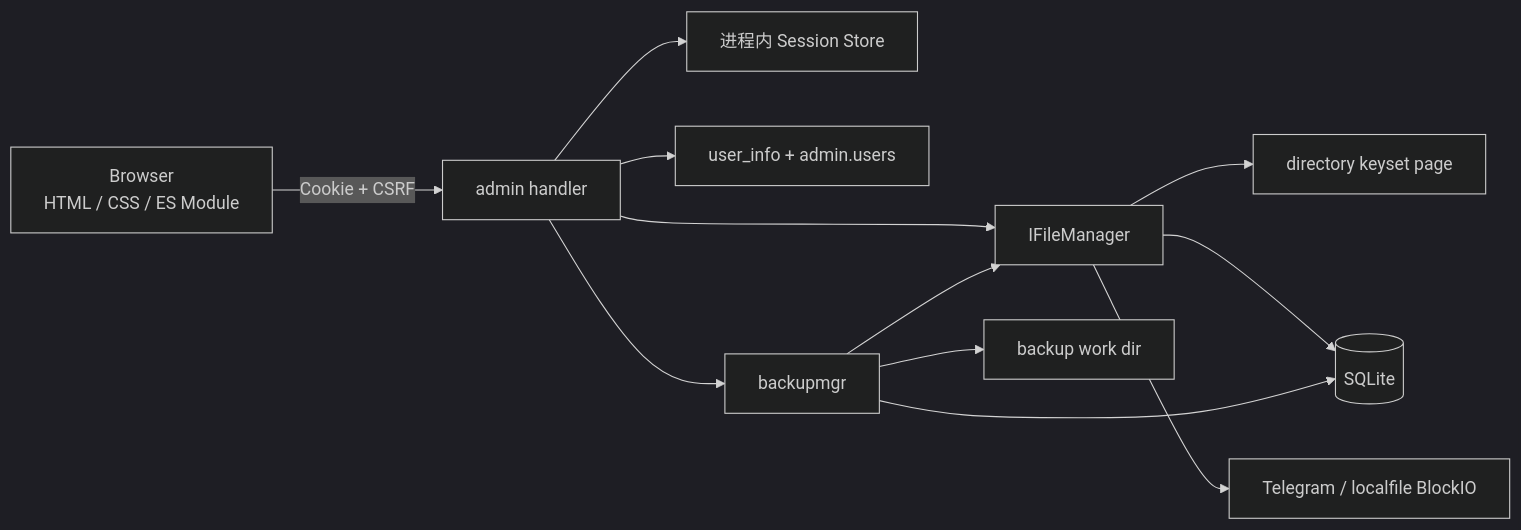
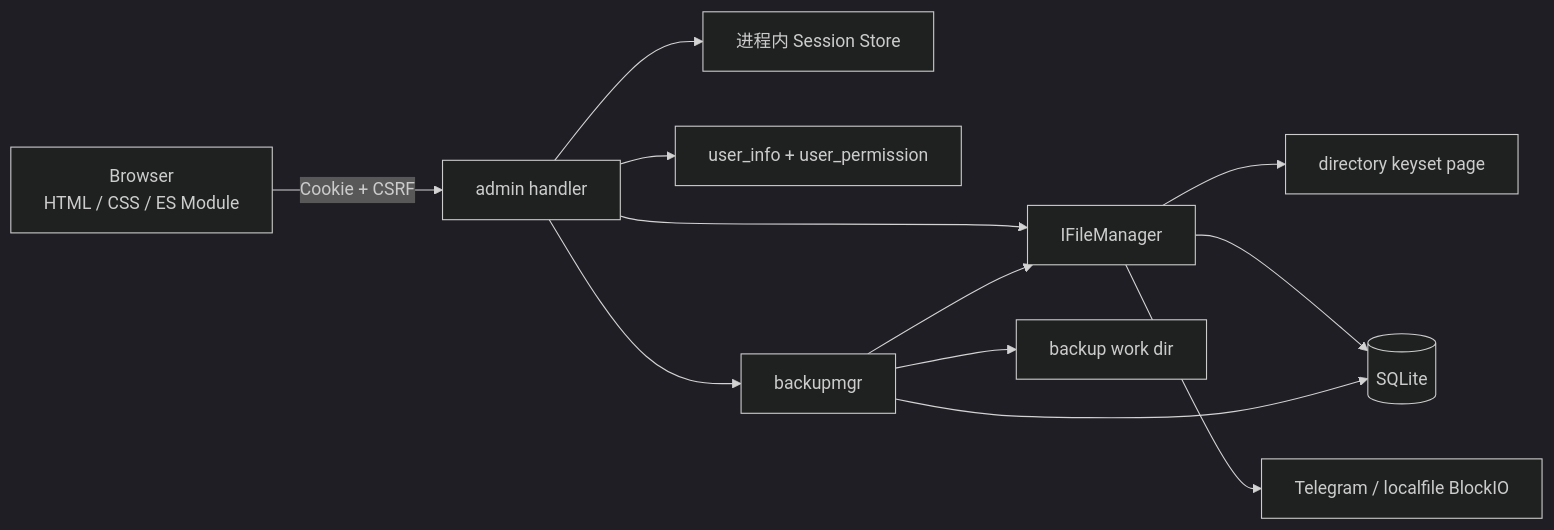
The diagram in docs/06-web-management.md (xxxsen/tgfile), drawn with Mermaid (dark theme) before and after one commit. The commit also changed other lines of this file and 36 other files, not shown here.

Commit message:
feat: user permission

````diff
--- a/docs/06-web-management.md
+++ b/docs/06-web-management.md
@@ -28,14 +28,14 @@
 ```mermaid
 flowchart LR
     Browser["Browser<br/>HTML / CSS / ES Module"] -->|"Cookie + CSRF"| Admin["admin handler"]
     Admin --> Session["进程内 Session Store"]
-    Admin --> Auth["user_info + admin.users"]
+    Admin --> Auth["user_info + user_permission"]
     Admin --> FM["IFileManager"]
     Admin --> Jobs["backupmgr"]
     FM --> Directory["directory keyset page"]
     FM --> SQLite[("SQLite")]
     FM --> BlockIO["Telegram / localfile BlockIO"]
     Jobs --> FM
     Jobs --> WorkDir["backup work dir"]
     Jobs --> SQLite
 ```
````
